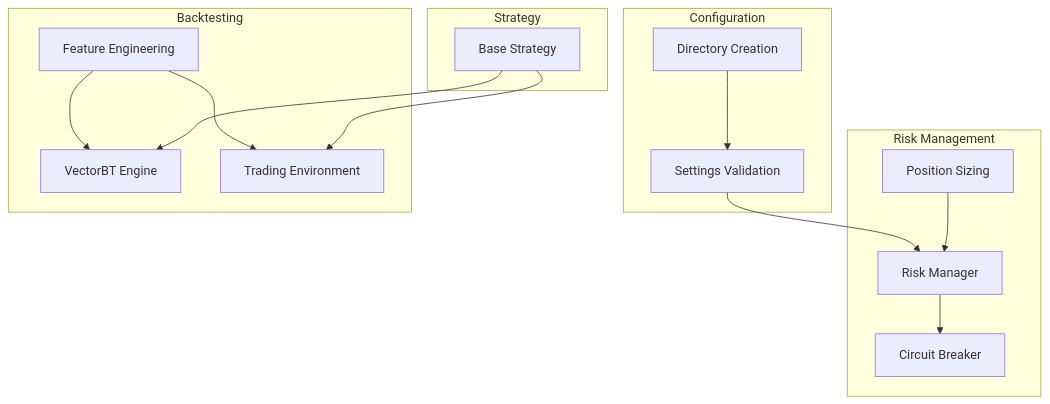
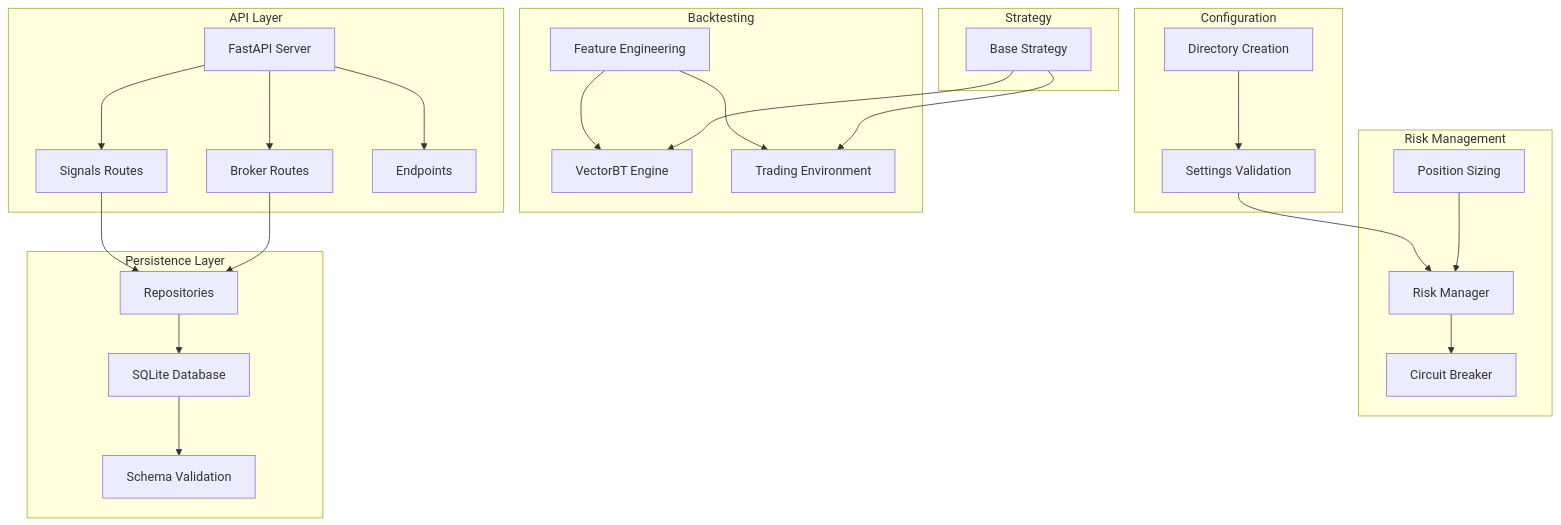
The second of 13 diagrams in .qoder/repowiki/en/content/Testing Strategy.md (cavraeg-eng/Trading-App), drawn with Mermaid before and after one commit. The commit also changed other lines of this file and 138 other files, not shown here.

First line of the commit message:
feat(LiveTrading): add MT5-style chart overlay for entry/SL/TP levels

````diff
--- a/.qoder/repowiki/en/content/Testing Strategy.md
+++ b/.qoder/repowiki/en/content/Testing Strategy.md
@@ -99,28 +139,46 @@
 ```mermaid
 graph TB
 subgraph "Configuration"
 CFG["Settings Validation"]
 DIR["Directory Creation"]
 end
 subgraph "Risk Management"
 SZ["Position Sizing"]
 RM["Risk Manager"]
 CB["Circuit Breaker"]
 end
 subgraph "Backtesting"
 VBT["VectorBT Engine"]
 ENV["Trading Environment"]
 FEAT["Feature Engineering"]
 end
 subgraph "Strategy"
 STR["Base Strategy"]
 end
+subgraph "API Layer"
+API["FastAPI Server"]
+SIG["Signals Routes"]
+BRK["Broker Routes"]
+ENDPTS["Endpoints"]
+end
+subgraph "Persistence Layer"
+DB["SQLite Database"]
+REPO["Repositories"]
+SCHEMA["Schema Validation"]
+end
 CFG --> RM
 DIR --> CFG
 SZ --> RM
 RM --> CB
 FEAT --> VBT
 FEAT --> ENV
 STR --> VBT
 STR --> ENV
+API --> SIG
+API --> BRK
+API --> ENDPTS
+SIG --> REPO
+BRK --> REPO
+REPO --> DB
+DB --> SCHEMA
 ```
````
